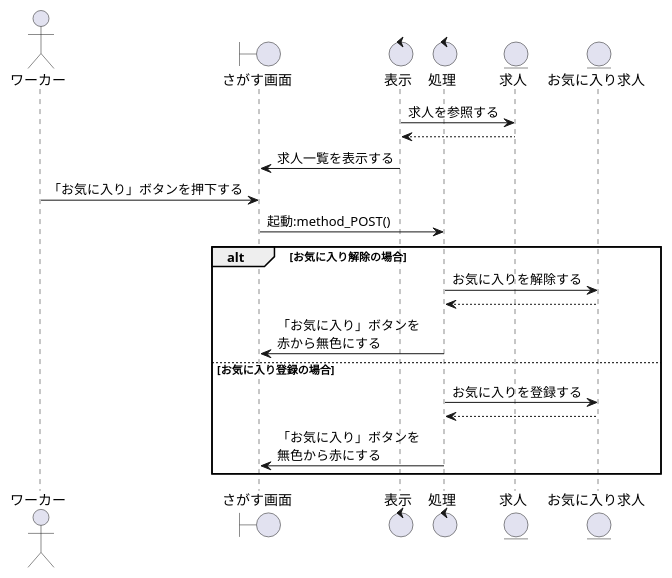
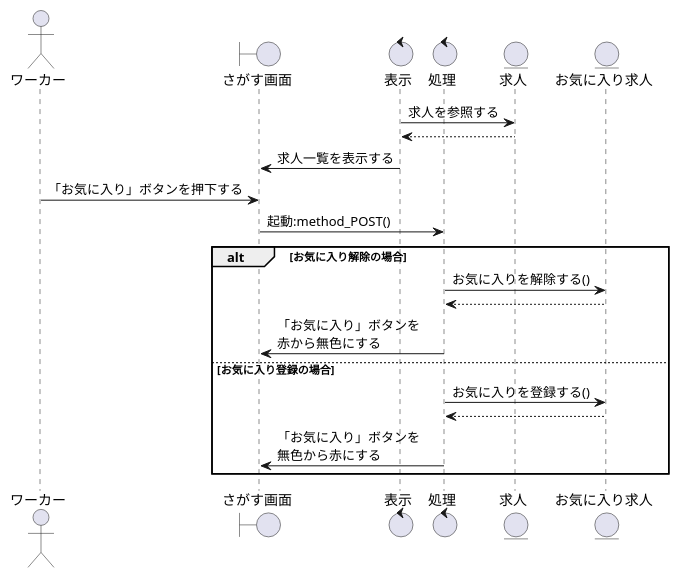
Before and after one commit to irukacb256/high_Me: the diagram in sequence_fig/2_search_fn/03_求人のお気に入りを設定する.pu, drawn with PlantUML. The commit also changed 21 other files, not shown here.

```diff
--- a/sequence_fig/2_search_fn/03_求人のお気に入りを設定する.pu
+++ b/sequence_fig/2_search_fn/03_求人のお気に入りを設定する.pu
@@ -1,32 +1,32 @@
 @startuml 求人のお気に入り設定をする
 
 ' 1
 actor    ワーカー    as wo1
 boundary さがす画面  as sc1
 control  表示        as co1
 control  処理        as co2
 entity   求人        as jb1
 entity   お気に入り求人   as fa1
 
 co1 -> jb1 : 求人を参照する
 jb1 --> co1
 
 co1 -> sc1 : 求人一覧を表示する
 
 wo1 -> sc1 : 「お気に入り」ボタンを押下する
 sc1 -> co2 : 起動:method_POST()
 
 alt お気に入り解除の場合
-    co2 -> fa1 : お気に入りを解除する
+    co2 -> fa1 : お気に入りを解除する()
     co2 <-- fa1
     co2 -> sc1 : 「お気に入り」ボタンを\n赤から無色にする
 
 else お気に入り登録の場合
-    co2 -> fa1 : お気に入りを登録する
+    co2 -> fa1 : お気に入りを登録する()
     co2 <-- fa1
     co2 -> sc1 : 「お気に入り」ボタンを\n無色から赤にする
 
 
 end
 
 @enduml
```
